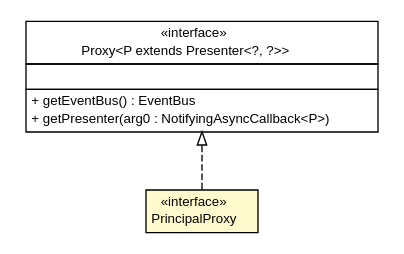
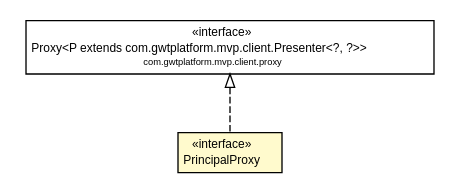
Before and after one commit to caarlos0-graveyard/meditec: the diagram in apidocs/br/net/meditec/client/telas/principal/PrincipalPresenter.PrincipalProxy.dot, drawn with Graphviz. The commit also changed 517 other files, not shown here.

```diff
--- a/apidocs/br/net/meditec/client/telas/principal/PrincipalPresenter.PrincipalProxy.dot
+++ b/apidocs/br/net/meditec/client/telas/principal/PrincipalPresenter.PrincipalProxy.dot
@@ -1,35 +1,27 @@
 #!/usr/local/bin/dot
 #
 # Class diagram 
-# Generated by UMLGraph version 5.1 (http://www.umlgraph.org/)
+# Generated by UmlGraph version 4.6 (http://www.spinellis.gr/sw/umlgraph)
 #
 
 digraph G {
 	edge [fontname="Helvetica",fontsize=10,labelfontname="Helvetica",labelfontsize=10];
 	node [fontname="Helvetica",fontsize=10,shape=plaintext];
-	nodesep=0.25;
-	ranksep=0.5;
 	// br.net.meditec.client.telas.principal.PrincipalPresenter.PrincipalProxy
-	c5110 [label=<<table title="br.net.meditec.client.telas.principal.PrincipalPresenter.PrincipalProxy" border="0" cellborder="1" cellspacing="0" cellpadding="2" port="p" bgcolor="lemonChiffon" href="./PrincipalPresenter.PrincipalProxy.html">
+	c4860 [label=<<table border="0" cellborder="1" cellspacing="0" cellpadding="2" port="p" bgcolor="lemonChiffon" href="./PrincipalPresenter.PrincipalProxy.html">
 		<tr><td><table border="0" cellspacing="0" cellpadding="1">
-<tr><td align="center" balign="center"> &#171;interface&#187; </td></tr>
-<tr><td align="center" balign="center"> PrincipalProxy </td></tr>
+			<tr><td> &laquo;interface&raquo; </td></tr>
+			<tr><td> PrincipalProxy </td></tr>
 		</table></td></tr>
-		</table>>, fontname="Helvetica", fontcolor="black", fontsize=10.0];
+		</table>>, fontname="Helvetica", fontcolor="black", fontsize=9.0];
 	//br.net.meditec.client.telas.principal.PrincipalPresenter.PrincipalProxy implements com.gwtplatform.mvp.client.proxy.Proxy<P extends com.gwtplatform.mvp.client.Presenter<?, ?>>
-	c5140:p -> c5110:p [dir=back,arrowtail=empty,style=dashed];
+	c4888:p -> c4860:p [dir=back,arrowtail=empty,style=dashed];
 	// com.gwtplatform.mvp.client.proxy.Proxy<P extends com.gwtplatform.mvp.client.Presenter<?, ?>>
-	c5140 [label=<<table title="com.gwtplatform.mvp.client.proxy.Proxy" border="0" cellborder="1" cellspacing="0" cellpadding="2" port="p" href="http://java.sun.com/j2se/1.4.2/docs/api/com/gwtplatform/mvp/client/proxy/Proxy.html">
+	c4888 [label=<<table border="0" cellborder="1" cellspacing="0" cellpadding="2" port="p" href="http://java.sun.com/j2se/1.4.2/docs/api/com/gwtplatform/mvp/client/proxy/Proxy.html">
 		<tr><td><table border="0" cellspacing="0" cellpadding="1">
-<tr><td align="center" balign="center"> &#171;interface&#187; </td></tr>
-<tr><td align="center" balign="center"> Proxy&lt;P extends Presenter&lt;?, ?&gt;&gt; </td></tr>
+			<tr><td> &laquo;interface&raquo; </td></tr>
+			<tr><td> Proxy&lt;P extends com.gwtplatform.mvp.client.Presenter&lt;?, ?&gt;&gt; </td></tr>
+			<tr><td><font point-size="7.0"> com.gwtplatform.mvp.client.proxy </font></td></tr>
 		</table></td></tr>
-		<tr><td><table border="0" cellspacing="0" cellpadding="1">
-<tr><td align="left" balign="left">  </td></tr>
-		</table></td></tr>
-		<tr><td><table border="0" cellspacing="0" cellpadding="1">
-<tr><td align="left" balign="left"> + getEventBus() : EventBus </td></tr>
-<tr><td align="left" balign="left"> + getPresenter(arg0 : NotifyingAsyncCallback&lt;P&gt;) </td></tr>
-		</table></td></tr>
-		</table>>, fontname="Helvetica", fontcolor="black", fontsize=10.0];
+		</table>>, fontname="Helvetica", fontcolor="black", fontsize=9.0];
 }
```
